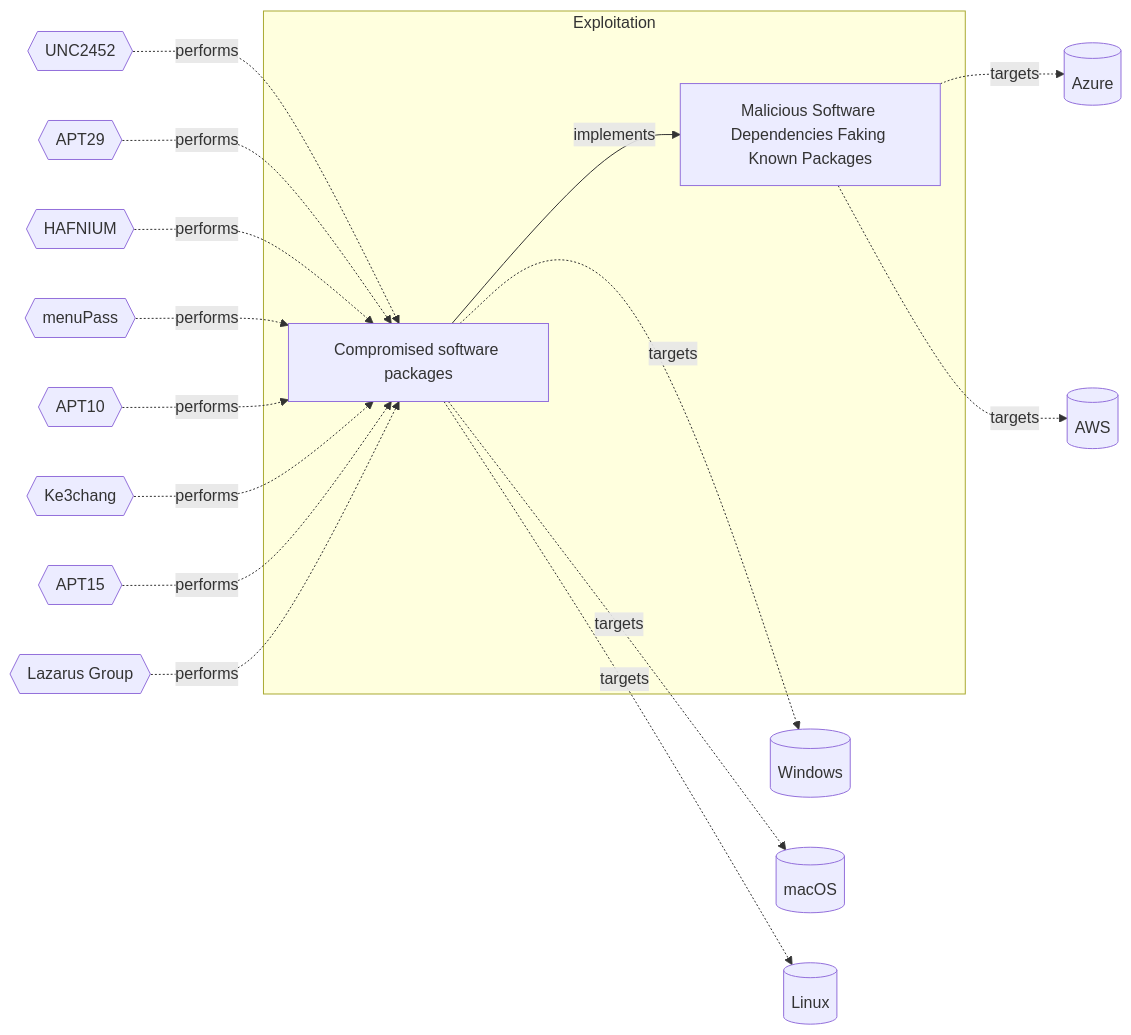
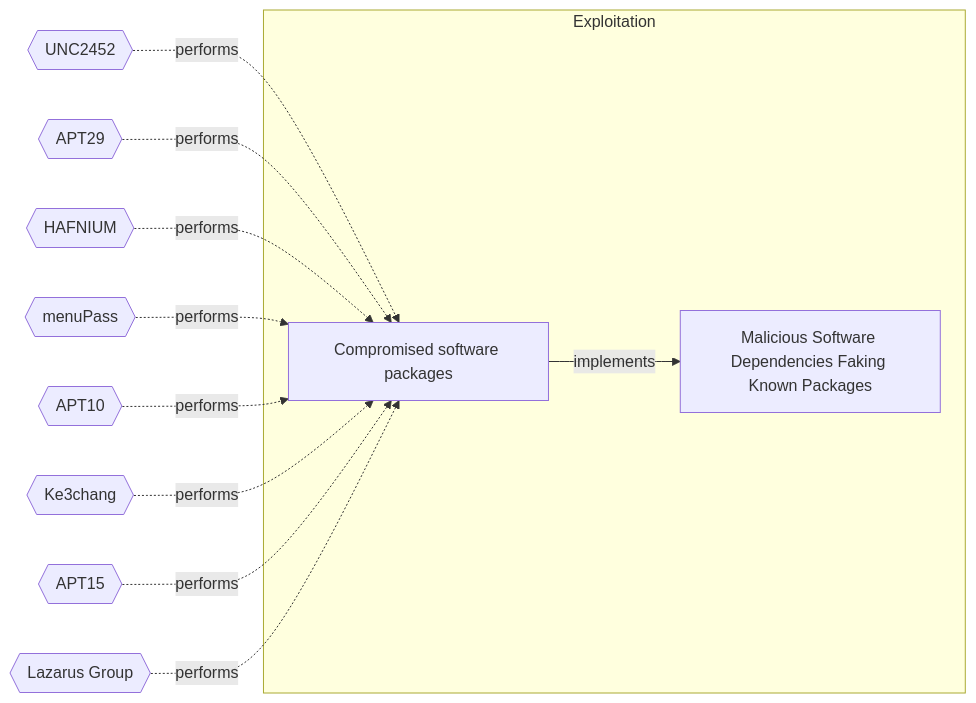
One commit to OpenTideHQ/WikiTide changed the diagram in Models/Threat Vectors/☣️ Compromised software packages.md. Above: the diagram before and after it, drawn with Mermaid. The commit also changed other lines of this file and 232 other files, not shown here.

````diff
--- a/Models/Threat Vectors/☣️ Compromised software packages.md
+++ b/Models/Threat Vectors/☣️ Compromised software packages.md
@@ -105,43 +105,33 @@
 ```mermaid
 
 flowchart LR
 
 1c1c9665-a30e-479b-bd80-1afb7b53ac83[Compromised software packages]
 78683822-44dc-41ac-8fef-b5f0968743c9[Malicious Software Dependencies Faking Known Packages]
 
 subgraph Exploitation
 1c1c9665-a30e-479b-bd80-1afb7b53ac83
 78683822-44dc-41ac-8fef-b5f0968743c9
 end
 
-Windows[(Windows)]
-macOS[(macOS)]
-Linux[(Linux)]
-Azure[(Azure)]
-AWS[(AWS)]
 UNC2452{{UNC2452}}
 APT29{{APT29}}
 HAFNIUM{{HAFNIUM}}
 menuPass{{menuPass}}
 APT10{{APT10}}
 Ke3chang{{Ke3chang}}
 APT15{{APT15}}
 LazarusGroup{{Lazarus Group}}
 
-1c1c9665-a30e-479b-bd80-1afb7b53ac83 -.->|targets| Windows
-1c1c9665-a30e-479b-bd80-1afb7b53ac83 -.->|targets| macOS
-1c1c9665-a30e-479b-bd80-1afb7b53ac83 -.->|targets| Linux
-78683822-44dc-41ac-8fef-b5f0968743c9 -.->|targets| Azure
-78683822-44dc-41ac-8fef-b5f0968743c9 -.->|targets| AWS
 UNC2452 -.-> |performs| 1c1c9665-a30e-479b-bd80-1afb7b53ac83
 APT29 -.-> |performs| 1c1c9665-a30e-479b-bd80-1afb7b53ac83
 HAFNIUM -.-> |performs| 1c1c9665-a30e-479b-bd80-1afb7b53ac83
 menuPass -.-> |performs| 1c1c9665-a30e-479b-bd80-1afb7b53ac83
 APT10 -.-> |performs| 1c1c9665-a30e-479b-bd80-1afb7b53ac83
 Ke3chang -.-> |performs| 1c1c9665-a30e-479b-bd80-1afb7b53ac83
 APT15 -.-> |performs| 1c1c9665-a30e-479b-bd80-1afb7b53ac83
 LazarusGroup -.-> |performs| 1c1c9665-a30e-479b-bd80-1afb7b53ac83
 
 1c1c9665-a30e-479b-bd80-1afb7b53ac83 -->|implements| 78683822-44dc-41ac-8fef-b5f0968743c9
 
 ```
````
